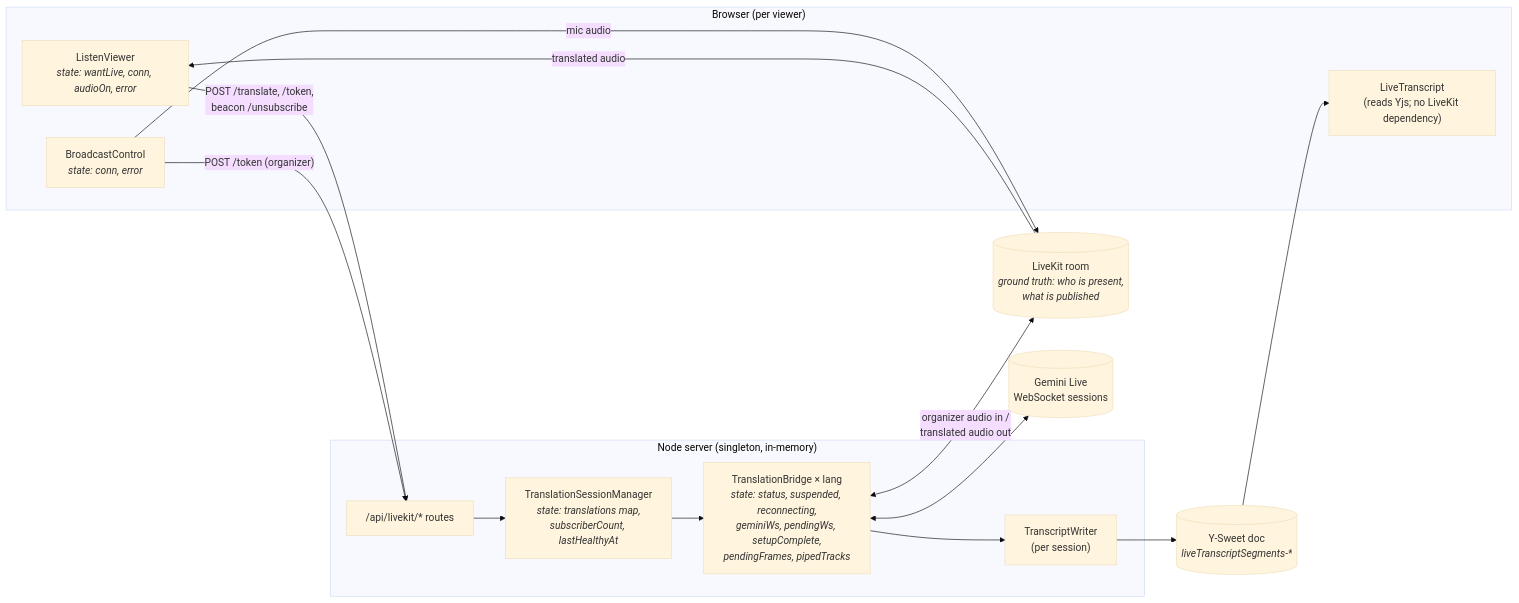
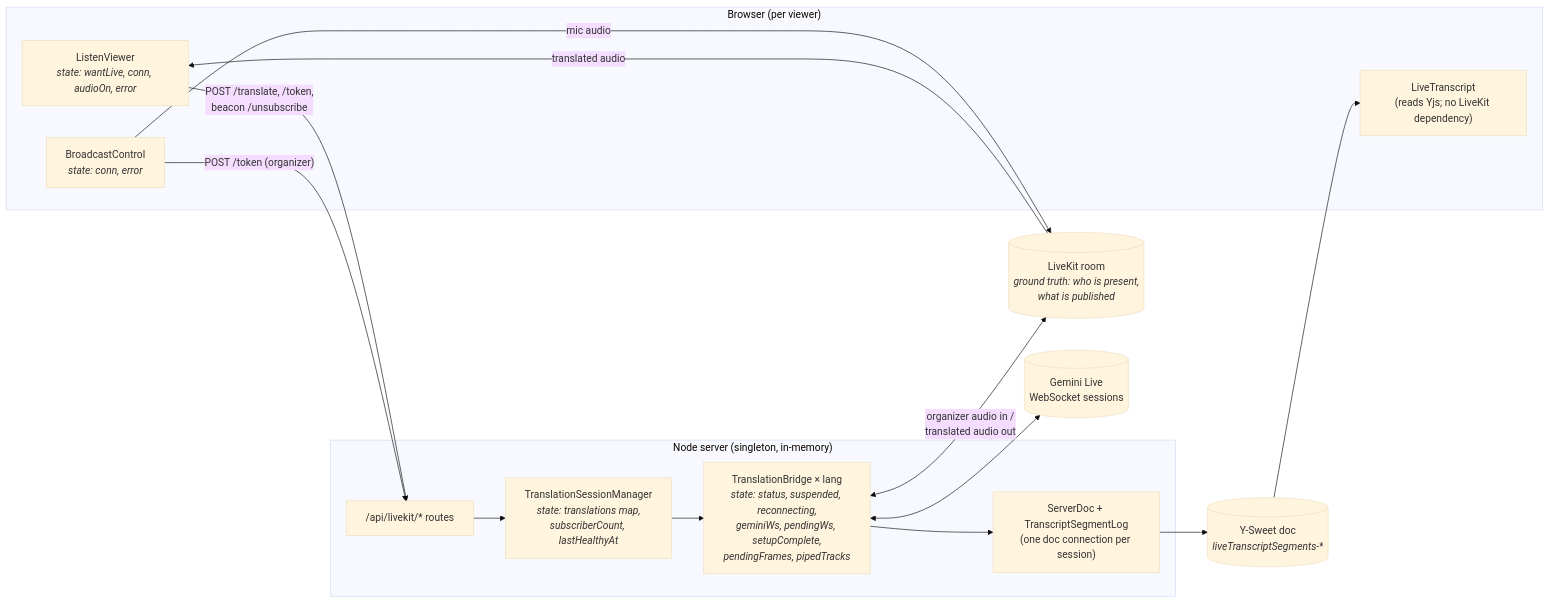
The first of 8 diagrams in docs/live-audio-state-architecture.md (kcarnold/live-notes), drawn with Mermaid (base theme) before and after one commit. The commit also changed other lines of this file and 20 other files, not shown here.

````diff
--- a/docs/live-audio-state-architecture.md
+++ b/docs/live-audio-state-architecture.md
@@ -43,29 +43,29 @@
 ```mermaid
 flowchart LR
   subgraph Browser["Browser (per viewer)"]
     LV["ListenViewer<br/><i>state: wantLive, conn, audioOn, error</i>"]
     BC["BroadcastControl<br/><i>state: conn, error</i>"]
     LT["LiveTranscript<br/>(reads Yjs; no LiveKit dependency)"]
   end
 
   subgraph Server["Node server (singleton, in-memory)"]
     API["/api/livekit/* routes"]
     MGR["TranslationSessionManager<br/><i>state: translations map,<br/>subscriberCount, lastHealthyAt</i>"]
     BR["TranslationBridge × lang<br/><i>state: status, suspended, reconnecting,<br/>geminiWs, pendingWs, setupComplete,<br/>pendingFrames, pipedTracks</i>"]
-    TW["TranscriptWriter<br/>(per session)"]
+    TW["ServerDoc + TranscriptSegmentLog<br/>(one doc connection per session)"]
   end
 
   LK[("LiveKit room<br/><i>ground truth: who is present,<br/>what is published</i>")]
   GEM[("Gemini Live<br/>WebSocket sessions")]
   YS[("Y-Sweet doc<br/><i>liveTranscriptSegments-*</i>")]
 
   BC -- "mic audio" --> LK
   LV -- "POST /translate, /token,<br/>beacon /unsubscribe" --> API
   BC -- "POST /token (organizer)" --> API
   API --> MGR --> BR
   BR <-- "organizer audio in /<br/>translated audio out" --> LK
   BR <--> GEM
   BR --> TW --> YS
   YS --> LT
   LK -- "translated audio" --> LV
 ```
````
